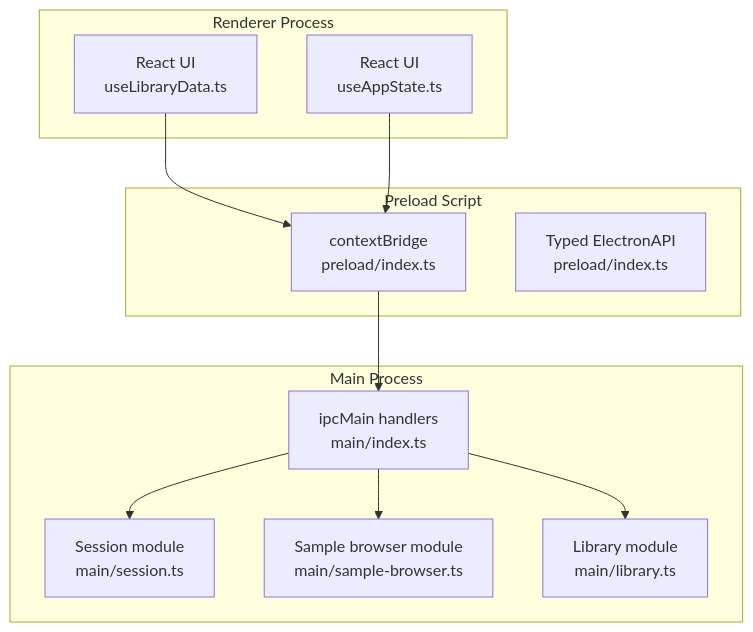
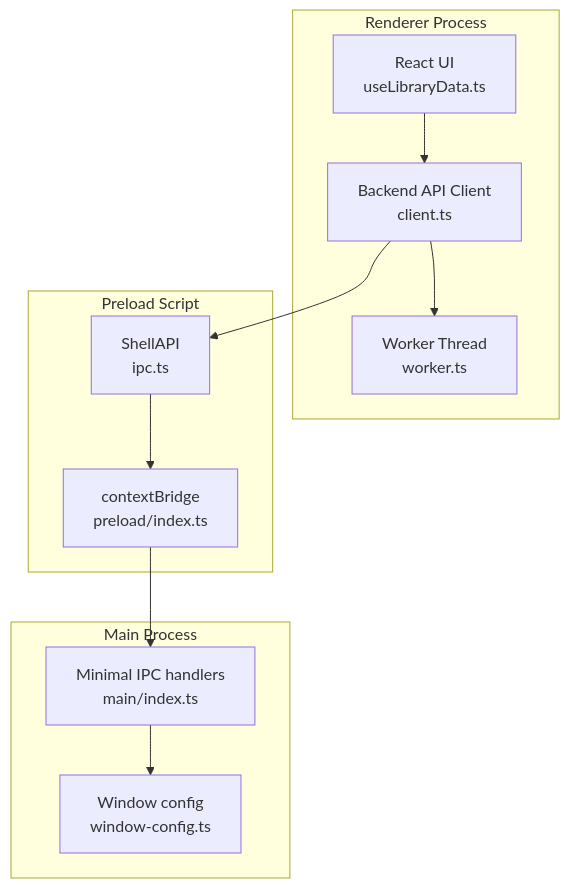
The first of 8 diagrams in .qoder/repowiki/en/content/IPC Communication.md (satyrlord/mixjam-electron), drawn with Mermaid before and after one commit. The commit also changed other lines of this file and 51 other files, not shown here.

````diff
--- a/.qoder/repowiki/en/content/IPC Communication.md
+++ b/.qoder/repowiki/en/content/IPC Communication.md
@@ -48,23 +47,22 @@
 ```mermaid
 graph TB
 subgraph "Renderer Process"
 RUI["React UI<br/>useLibraryData.ts"]
-RUI2["React UI<br/>useAppState.ts"]
+RBE["Backend API Client<br/>client.ts"]
+RWR["Worker Thread<br/>worker.ts"]
 end
 subgraph "Preload Script"
 CB["contextBridge<br/>preload/index.ts"]
-API["Typed ElectronAPI<br/>preload/index.ts"]
+SAPI["ShellAPI<br/>ipc.ts"]
 end
 subgraph "Main Process"
-IMR["ipcMain handlers<br/>main/index.ts"]
-SES["Session module<br/>main/session.ts"]
-SBR["Sample browser module<br/>main/sample-browser.ts"]
-LIB["Library module<br/>main/library.ts"]
+IMR["Minimal IPC handlers<br/>main/index.ts"]
+WCFG["Window config<br/>window-config.ts"]
 end
-RUI --> CB
-RUI2 --> CB
+RUI --> RBE
+RBE --> RWR
+RBE --> SAPI
+SAPI --> CB
 CB --> IMR
-IMR --> SES
-IMR --> SBR
-IMR --> LIB
+IMR --> WCFG
 ```
````
